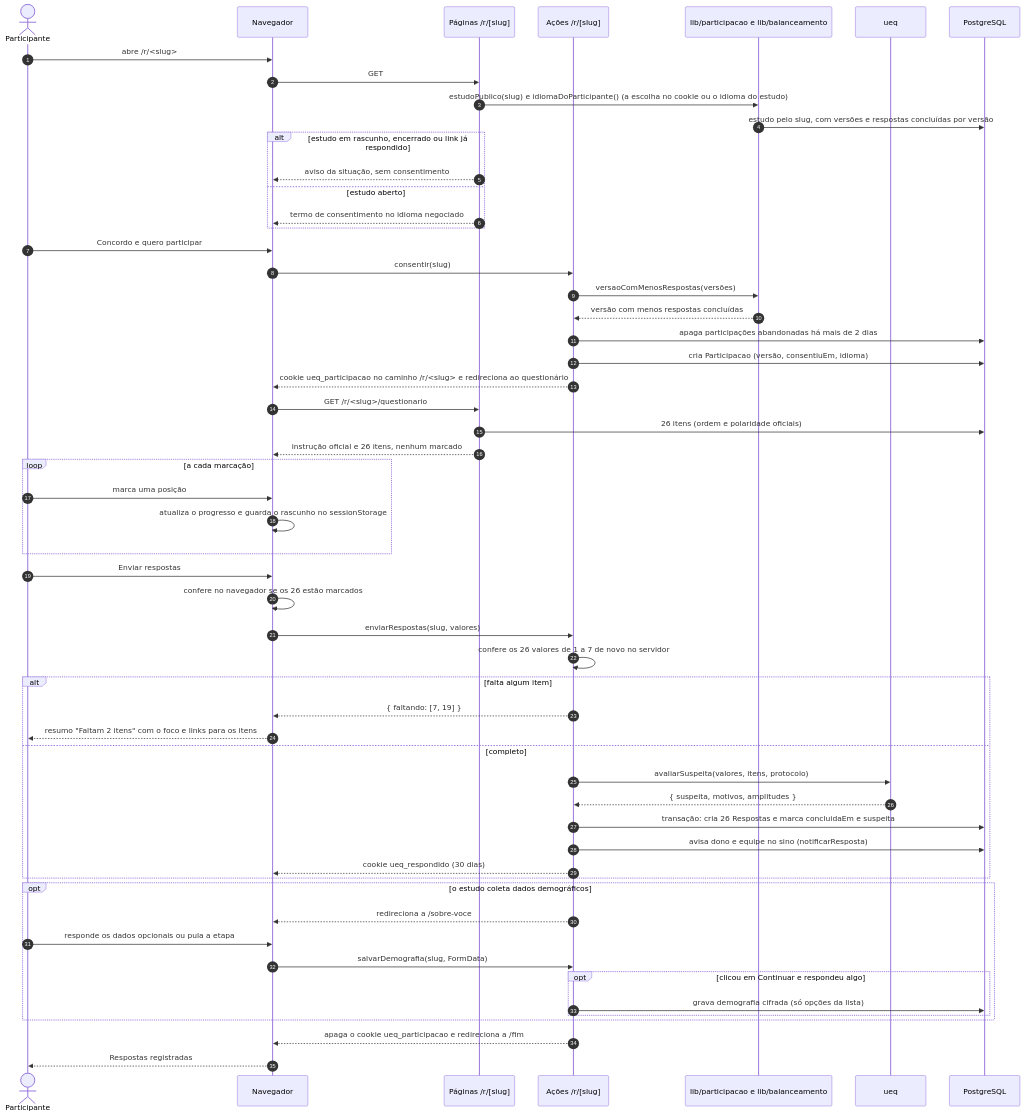
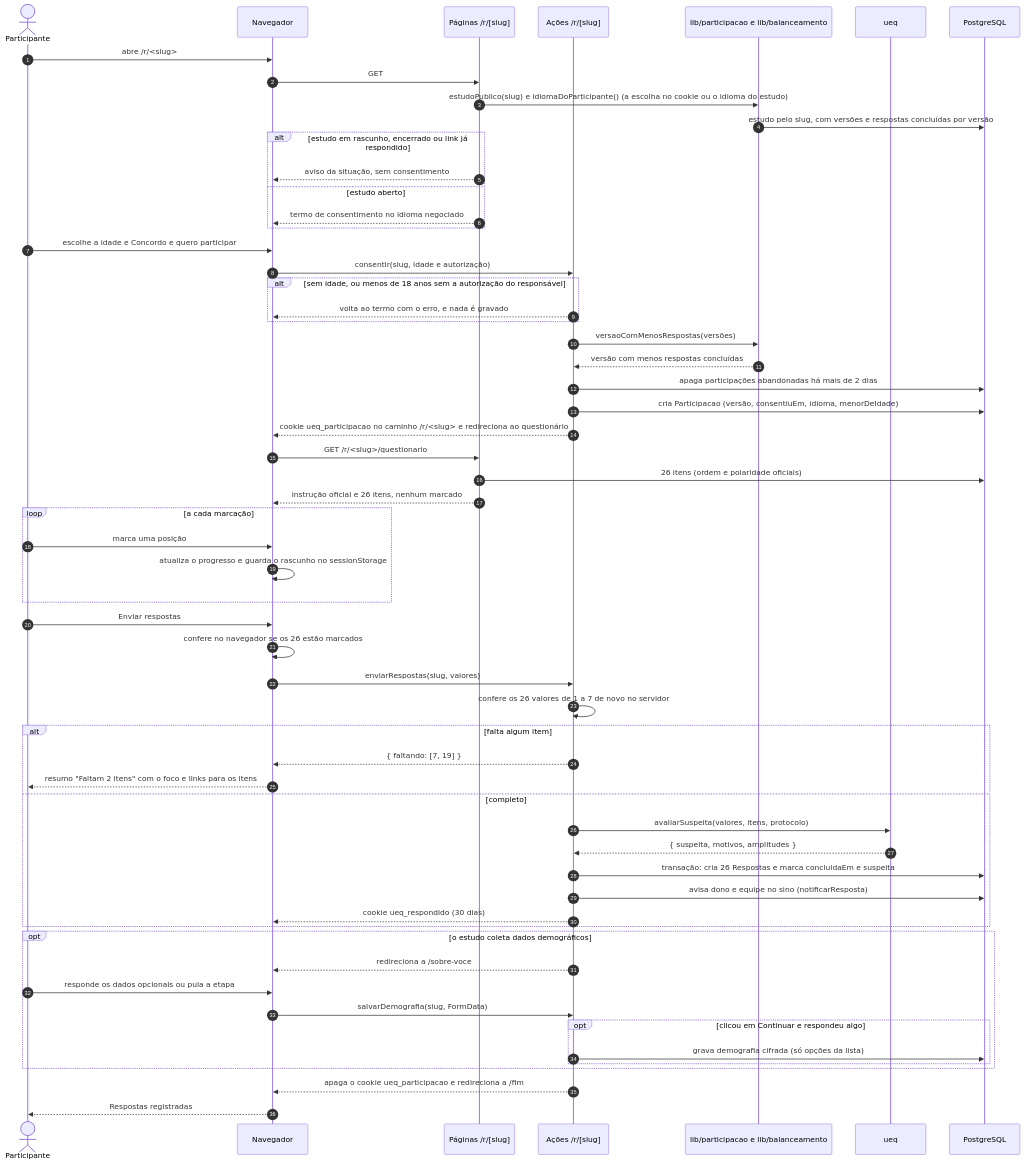
Before and after one commit to gabrielfjm/ueq_form_ihc: the diagram in docs/documentacao/fontes/diagramas-de-sequencia-2.mmd, drawn with Mermaid. The commit also changed 93 other files, not shown here.

First line of the commit message:
termo de consentimento completo: responsável, riscos, guarda dos dados e menores de 18 anos

```diff
--- a/docs/documentacao/fontes/diagramas-de-sequencia-2.mmd
+++ b/docs/documentacao/fontes/diagramas-de-sequencia-2.mmd
@@ -1,61 +1,64 @@
 sequenceDiagram
     autonumber
     actor Part as Participante
     participant Nav as Navegador
     participant Pag as Páginas /r/[slug]
     participant Acao as Ações /r/[slug]
     participant Lib as lib/participacao e lib/balanceamento
     participant Ueq as ueq
     participant BD as PostgreSQL
 
     Part->>Nav: abre /r/<slug>
     Nav->>Pag: GET
     Pag->>Lib: estudoPublico(slug) e idiomaDoParticipante() (a escolha no cookie ou o idioma do estudo)
     Lib->>BD: estudo pelo slug, com versões e respostas concluídas por versão
     alt estudo em rascunho, encerrado ou link já respondido
         Pag-->>Nav: aviso da situação, sem consentimento
     else estudo aberto
         Pag-->>Nav: termo de consentimento no idioma negociado
     end
 
-    Part->>Nav: Concordo e quero participar
-    Nav->>Acao: consentir(slug)
+    Part->>Nav: escolhe a idade e Concordo e quero participar
+    Nav->>Acao: consentir(slug, idade e autorização)
+    alt sem idade, ou menos de 18 anos sem a autorização do responsável
+        Acao-->>Nav: volta ao termo com o erro, e nada é gravado
+    end
     Acao->>Lib: versaoComMenosRespostas(versões)
     Lib-->>Acao: versão com menos respostas concluídas
     Acao->>BD: apaga participações abandonadas há mais de 2 dias
-    Acao->>BD: cria Participacao (versão, consentiuEm, idioma)
+    Acao->>BD: cria Participacao (versão, consentiuEm, idioma, menorDeIdade)
     Acao-->>Nav: cookie ueq_participacao no caminho /r/<slug> e redireciona ao questionário
 
     Nav->>Pag: GET /r/<slug>/questionario
     Pag->>BD: 26 itens (ordem e polaridade oficiais)
     Pag-->>Nav: instrução oficial e 26 itens, nenhum marcado
     loop a cada marcação
         Part->>Nav: marca uma posição
         Nav->>Nav: atualiza o progresso e guarda o rascunho no sessionStorage
     end
 
     Part->>Nav: Enviar respostas
     Nav->>Nav: confere no navegador se os 26 estão marcados
     Nav->>Acao: enviarRespostas(slug, valores)
     Acao->>Acao: confere os 26 valores de 1 a 7 de novo no servidor
     alt falta algum item
         Acao-->>Nav: { faltando: [7, 19] }
         Nav-->>Part: resumo "Faltam 2 itens" com o foco e links para os itens
     else completo
         Acao->>Ueq: avaliarSuspeita(valores, itens, protocolo)
         Ueq-->>Acao: { suspeita, motivos, amplitudes }
         Acao->>BD: transação: cria 26 Respostas e marca concluidaEm e suspeita
         Acao->>BD: avisa dono e equipe no sino (notificarResposta)
         Acao-->>Nav: cookie ueq_respondido (30 dias)
     end
 
     opt o estudo coleta dados demográficos
         Acao-->>Nav: redireciona a /sobre-voce
         Part->>Nav: responde os dados opcionais ou pula a etapa
         Nav->>Acao: salvarDemografia(slug, FormData)
         opt clicou em Continuar e respondeu algo
             Acao->>BD: grava demografia cifrada (só opções da lista)
         end
     end
     Acao-->>Nav: apaga o cookie ueq_participacao e redireciona a /fim
     Nav-->>Part: Respostas registradas
```
